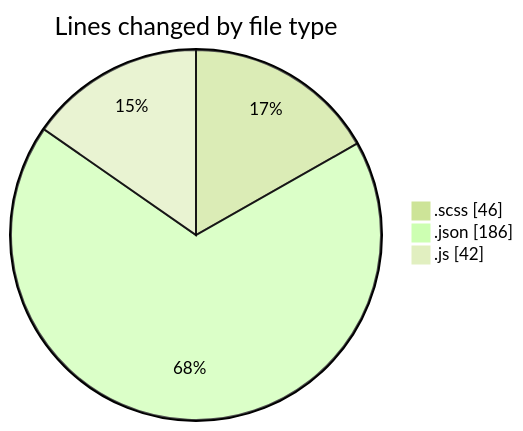
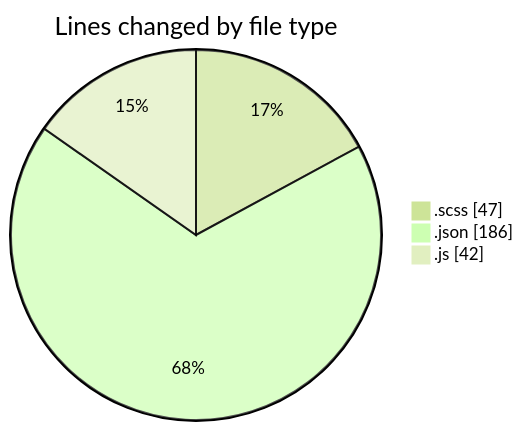
One commit to momahboobian/code-tracking changed the first of 2 diagrams in 2026-04-21/cda/README.md. Above: the diagram before and after it, drawn with Mermaid (forest theme). The commit also changed other lines of this file and 1 other file, not shown here.

````diff
--- a/2026-04-21/cda/README.md
+++ b/2026-04-21/cda/README.md
@@ -22,7 +22,7 @@
 ```mermaid
 pie showData
 title Lines changed by file type
-".scss" : 46
+".scss" : 47
 ".json" : 186
 ".js" : 42
 ```
````
